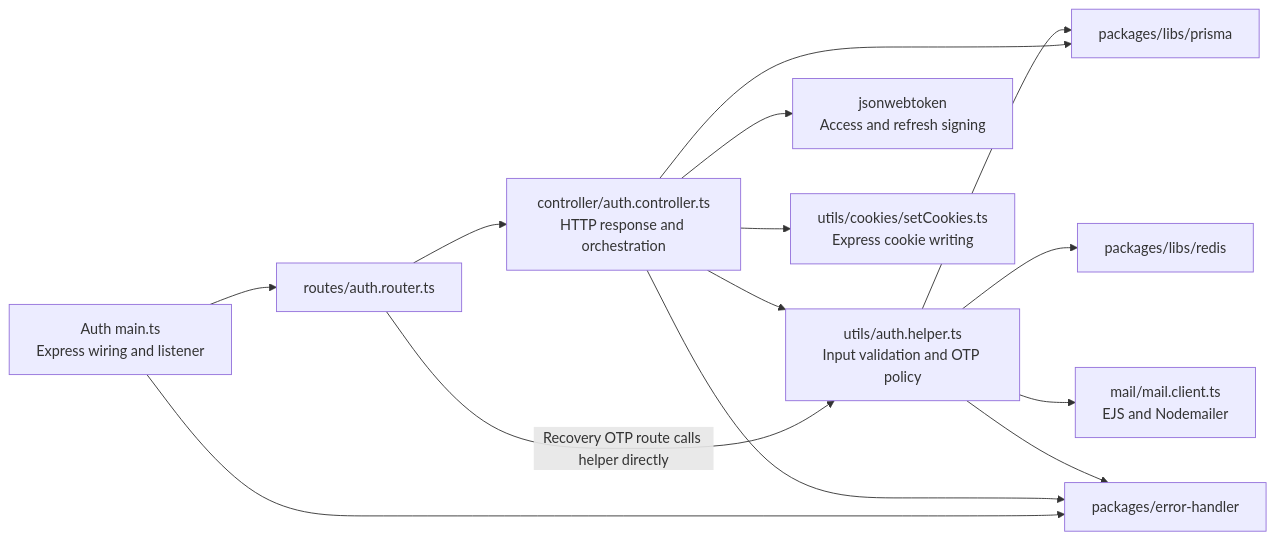
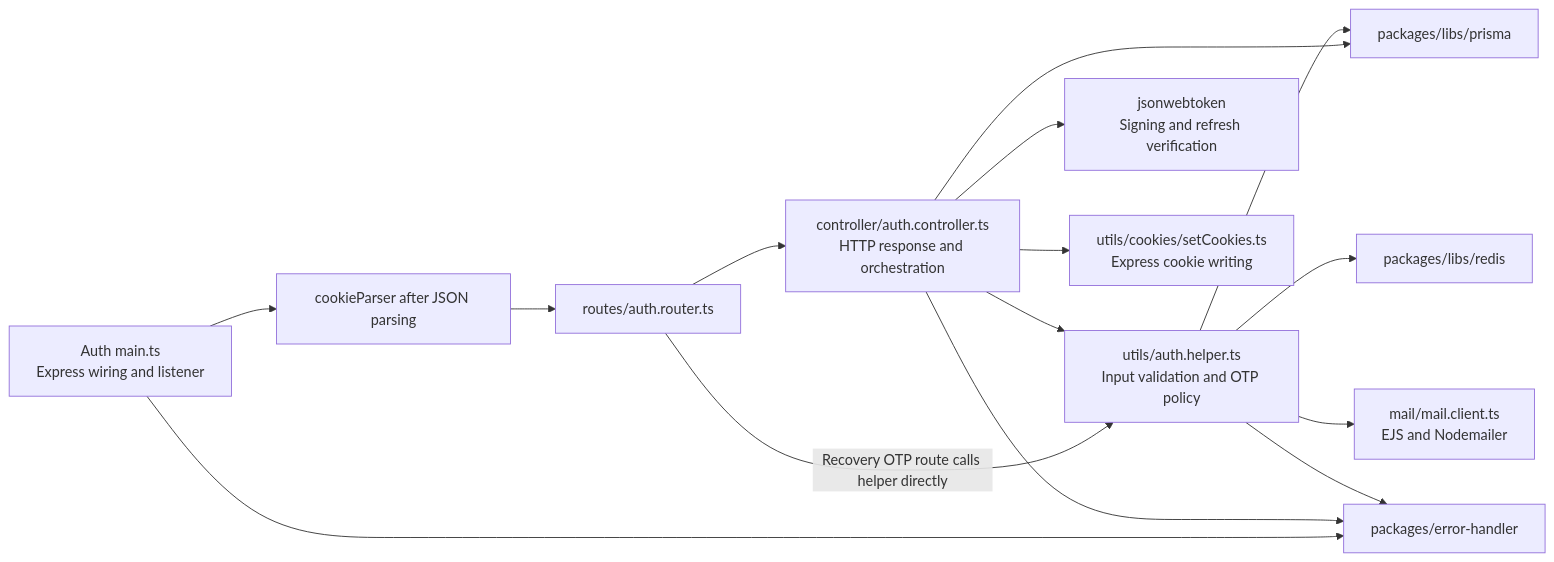
One commit to Kruskal892/Microservice-SaaS-E-commerce changed the diagram in docs/architecture/technical-design.md. Above: the diagram before and after it, drawn with Mermaid. The commit also changed other lines of this file and 34 other files, not shown here.

Commit message:
feat: add access-token refresh endpoint and shared isAuthenticated middleware

````diff
--- a/docs/architecture/technical-design.md
+++ b/docs/architecture/technical-design.md
@@ -84,16 +84,17 @@
 ```mermaid
 flowchart LR
-    Main["Auth main.ts<br/>Express wiring and listener"] --> Router["routes/auth.router.ts"]
+    Main["Auth main.ts<br/>Express wiring and listener"] --> Parser["cookieParser after JSON parsing"]
+    Parser --> Router["routes/auth.router.ts"]
     Router --> Controller["controller/auth.controller.ts<br/>HTTP response and orchestration"]
     Router -->|"Recovery OTP route calls helper directly"| Validation
     Controller --> Validation["utils/auth.helper.ts<br/>Input validation and OTP policy"]
     Controller --> Prisma["packages/libs/prisma"]
-    Controller --> JWT["jsonwebtoken<br/>Access and refresh signing"]
+    Controller --> JWT["jsonwebtoken<br/>Signing and refresh verification"]
     Controller --> Cookies["utils/cookies/setCookies.ts<br/>Express cookie writing"]
     Validation --> Redis["packages/libs/redis"]
     Validation --> Prisma
     Validation --> Mail["mail/mail.client.ts<br/>EJS and Nodemailer"]
     Main --> Errors["packages/error-handler"]
     Controller --> Errors
     Validation --> Errors
 ```
````
